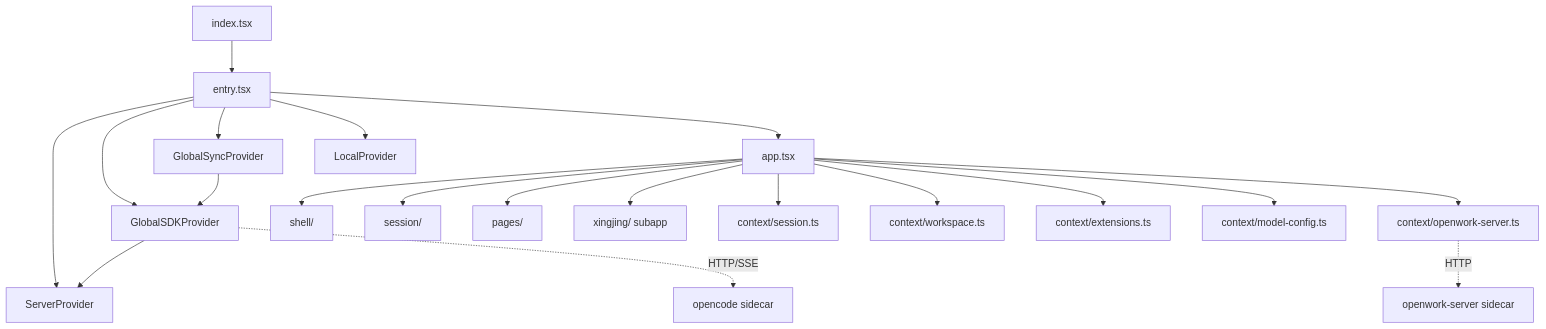
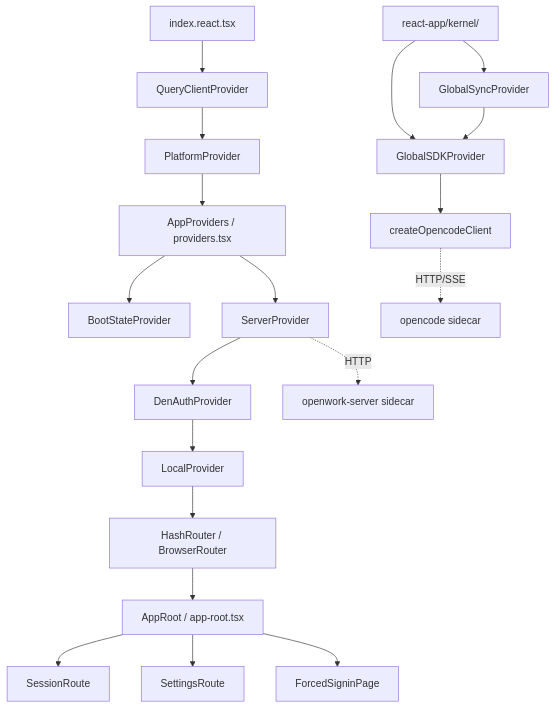
Before and after one commit to kaka89/harnesswork: the diagram in docs/05-openwork-platform-overview.md, drawn with Mermaid. The commit also changed other lines of this file and 18 other files, not shown here.

````diff
--- a/docs/05-openwork-platform-overview.md
+++ b/docs/05-openwork-platform-overview.md
@@ -315,22 +318,24 @@
 ```mermaid
 graph TB
-  index[index.tsx] --> entry[entry.tsx]
-  entry --> server[ServerProvider]
-  entry --> sdk[GlobalSDKProvider]
-  entry --> sync[GlobalSyncProvider]
-  entry --> local[LocalProvider]
-  entry --> app[app.tsx]
-  app --> shell[shell/]
-  app --> session[session/]
-  app --> pages[pages/]
-  app --> xingjing[xingjing/ subapp]
-  sdk --> server
-  sync --> sdk
-  app --> ctxSession[context/session.ts]
-  app --> ctxWorkspace[context/workspace.ts]
-  app --> ctxExt[context/extensions.ts]
-  app --> ctxModel[context/model-config.ts]
-  app --> ctxOws[context/openwork-server.ts]
-  ctxOws -.HTTP.-> srv[openwork-server sidecar]
+  entry[index.react.tsx] --> qcp[QueryClientProvider]
+  qcp --> pp[PlatformProvider]
+  pp --> ap[AppProviders / providers.tsx]
+  ap --> boot[BootStateProvider]
+  ap --> srv[ServerProvider]
+  srv --> den[DenAuthProvider]
+  den --> local[LocalProvider]
+  local --> router[HashRouter / BrowserRouter]
+  router --> approot[AppRoot / app-root.tsx]
+  approot --> session[SessionRoute]
+  approot --> settings[SettingsRoute]
+  approot --> signin[ForcedSigninPage]
+
+  kernel[react-app/kernel/]
+  kernel --> gsdkp[GlobalSDKProvider]
+  kernel --> gsyncp[GlobalSyncProvider]
+  gsdkp --> sdk[createOpencodeClient]
+  gsyncp --> gsdkp
+
   sdk -.HTTP/SSE.-> oc[opencode sidecar]
+  srv -.HTTP.-> owsrv[openwork-server sidecar]
 ```
````
